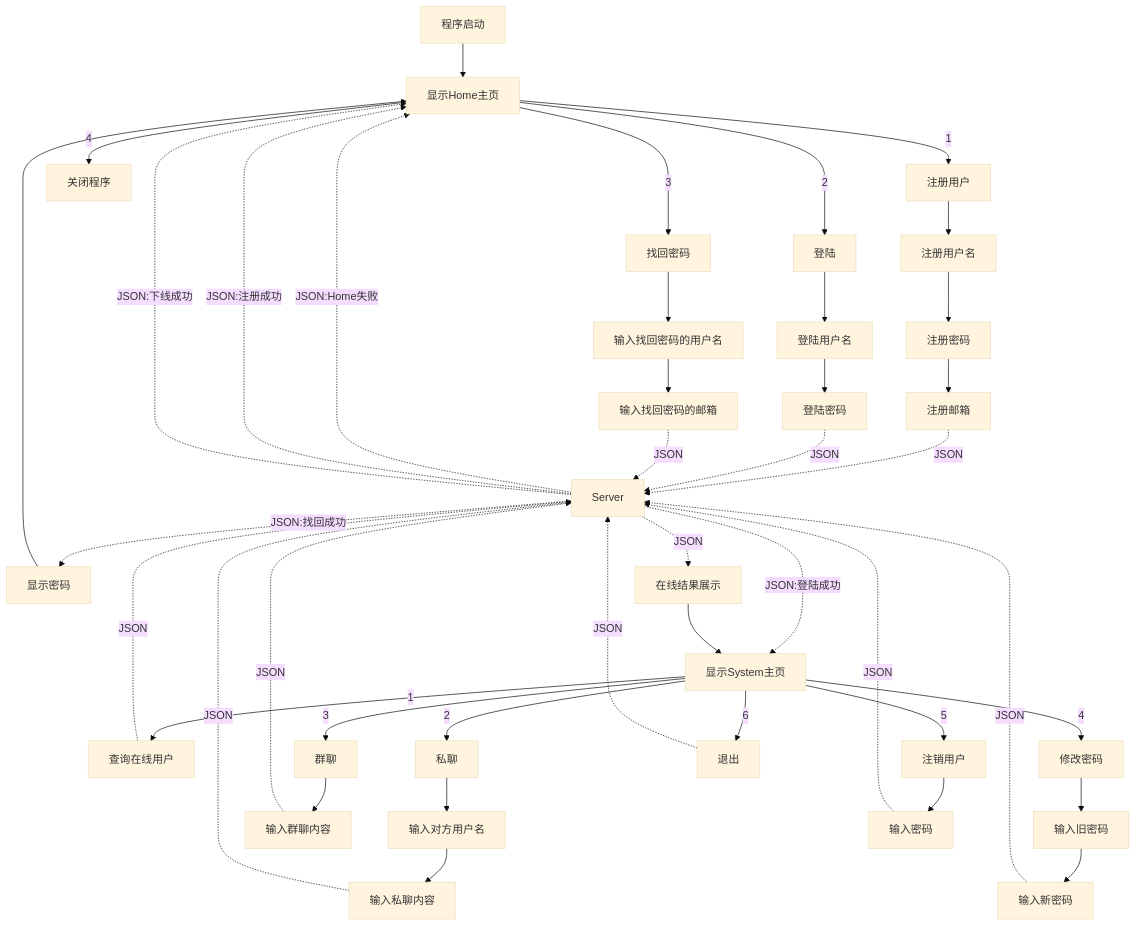
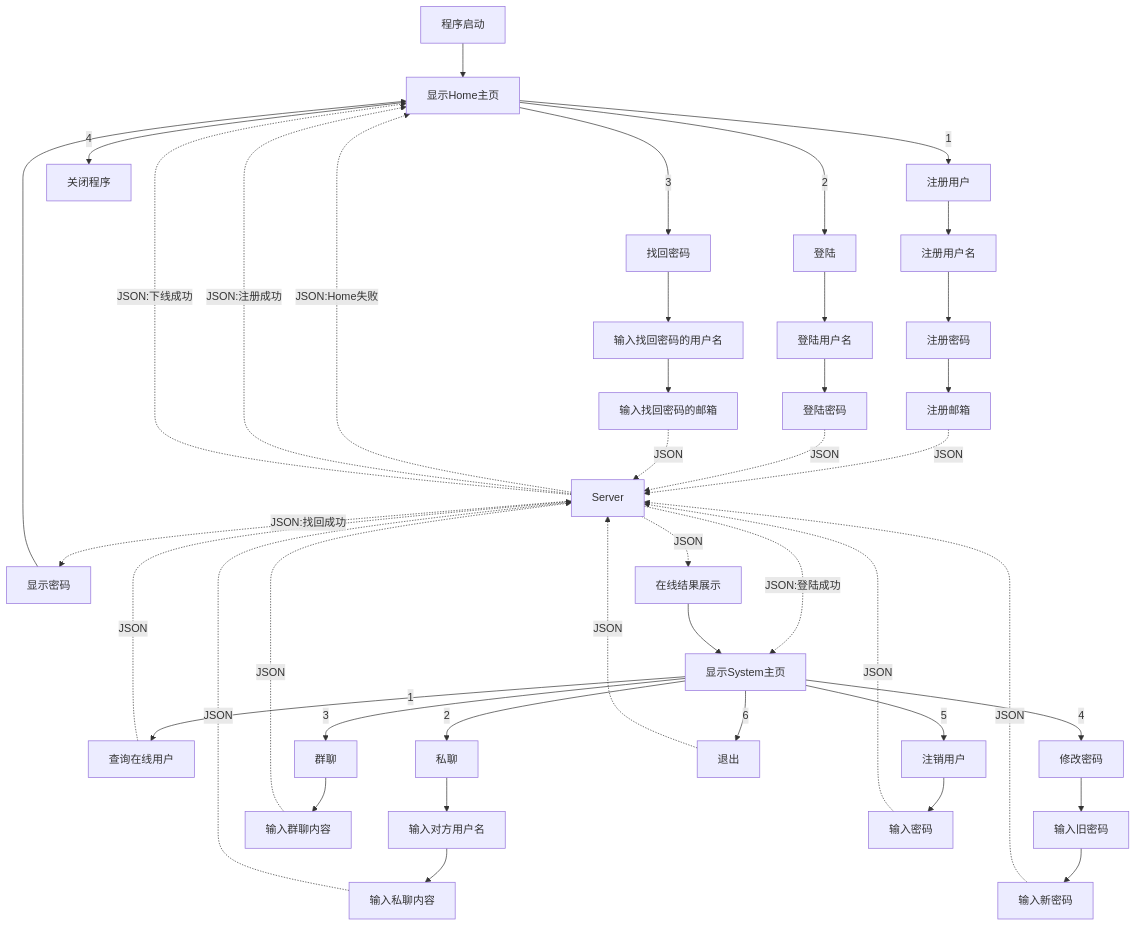
One commit to RedCrazyGhost/Blog changed the second of 3 diagrams in MarkDown/Chat系统人员分工.md. Above: the diagram before and after it, drawn with Mermaid. The commit also changed other lines of this file and 4 other files, not shown here.

````diff
--- a/MarkDown/Chat系统人员分工.md
+++ b/MarkDown/Chat系统人员分工.md
@@ -30,16 +30,15 @@
 ```mermaid
-%%{init: {'theme':'base'}}%%
 flowchart TD
 程序启动-->显示Home主页
 显示Home主页-->|1|注册用户-->注册用户名-->注册密码-->注册邮箱-.JSON.->Server-.JSON:Home失败.->显示Home主页
 显示Home主页-->|2|登陆-->登陆用户名-->登陆密码-.JSON.->Server-.JSON:登陆成功.->显示System主页
 Server-.JSON:注册成功.->显示Home主页
 显示Home主页-->|3|找回密码-->输入找回密码的用户名-->输入找回密码的邮箱-.JSON.->Server-.JSON:找回成功.->显示密码-->显示Home主页
 显示Home主页-->|4|关闭程序
 显示System主页-->|1|查询在线用户-.JSON.->Server-.JSON.->在线结果展示-->显示System主页
 显示System主页-->|2|私聊-->输入对方用户名-->输入私聊内容-.JSON.->Server
 显示System主页-->|3|群聊-->输入群聊内容-.JSON.->Server
 显示System主页-->|4|修改密码-->输入旧密码-->输入新密码-.JSON.->Server
 显示System主页-->|5|注销用户-->输入密码-.JSON.->Server
 显示System主页-->|6|退出-.JSON.->Server-.JSON:下线成功.->显示Home主页
 ```
````
